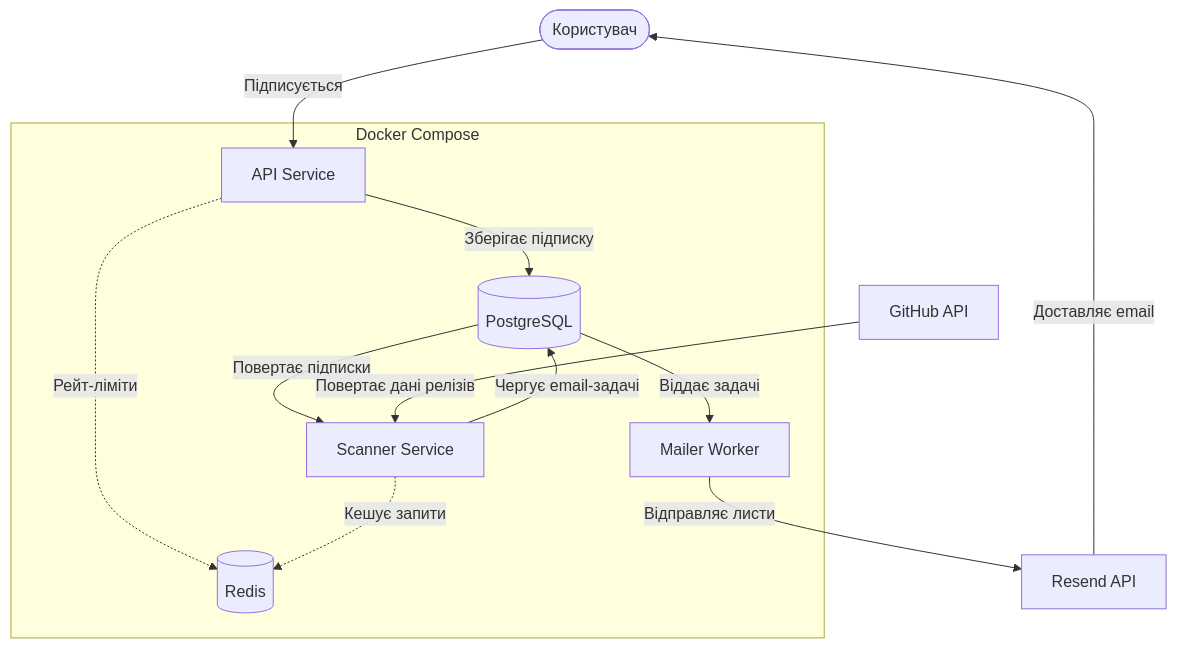
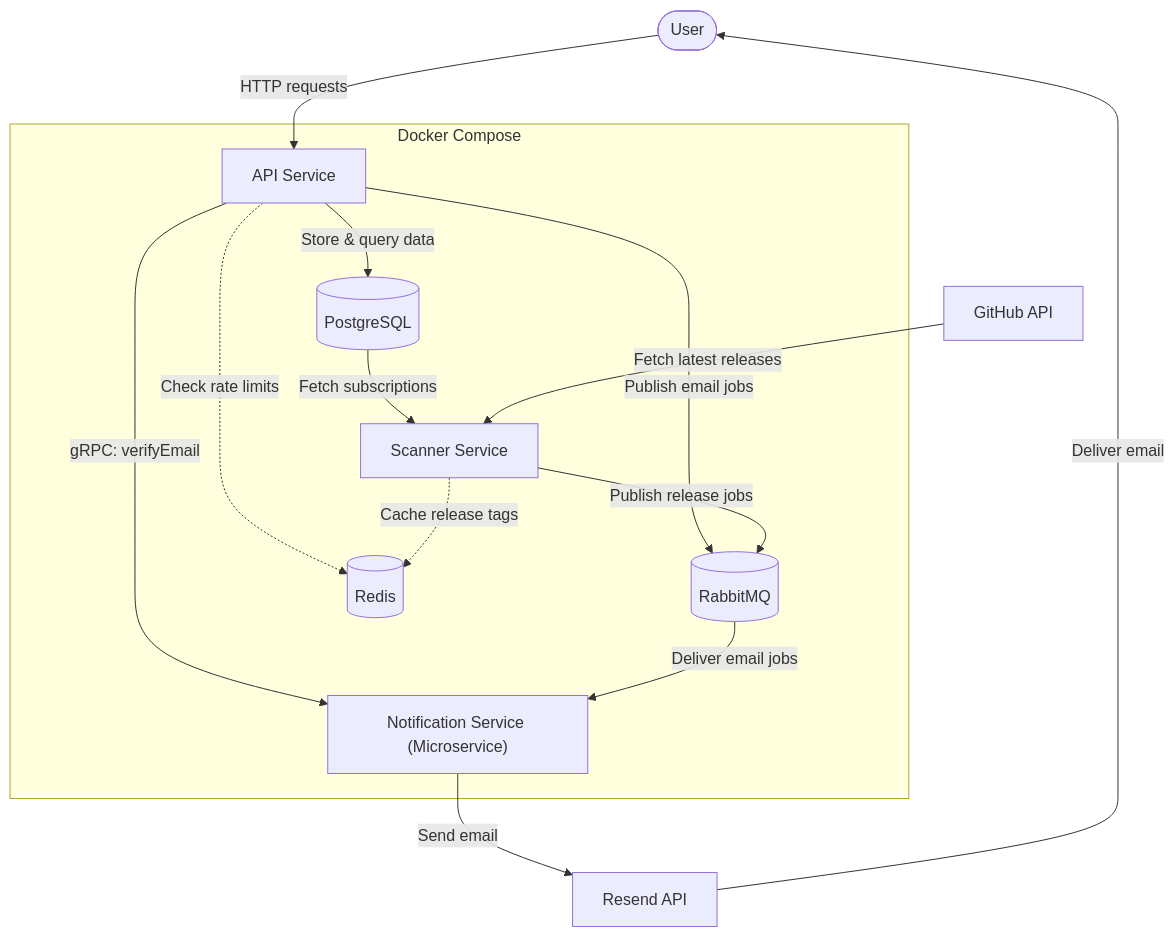
The first of 5 diagrams in docs/system-design.md (GenesisEducationKyiv/software-engineering-school-6-0-03102909), drawn with Mermaid before and after one commit. The commit also changed other lines of this file, not shown here.

````diff
--- a/docs/system-design.md
+++ b/docs/system-design.md
@@ -27,28 +27,31 @@
 ```mermaid
 flowchart TD
-    User([Користувач])
+    User([User])
 
     subgraph Docker["Docker Compose"]
         API[API Service]
         Scanner[Scanner Service]
-        Mailer[Mailer Worker]
+        Notification["Notification Service (Microservice)"]
+        RabbitMQ[(RabbitMQ)]
         Redis[(Redis)]
         DB[(PostgreSQL)]
     end
 
     GitHub[GitHub API]
     Resend[Resend API]
 
-    User -- "Підписується" --> API
-    API -- "Зберігає підписку" --> DB
-    API -. "Рейт-ліміти" .-> Redis
+    User -- "HTTP requests" --> API
+    API -- "Store & query data" --> DB
+    API -. "Check rate limits" .-> Redis
+    API -- "gRPC: verifyEmail" --> Notification
 
-    DB -- "Повертає підписки" --> Scanner
-    Scanner -. "Кешує запити" .-> Redis
-    GitHub -- "Повертає дані релізів" --> Scanner
-    Scanner -- "Чергує email-задачі" --> DB
+    DB -- "Fetch subscriptions" --> Scanner
+    Scanner -. "Cache release tags" .-> Redis
+    GitHub -- "Fetch latest releases" --> Scanner
 
-    DB -- "Віддає задачі" --> Mailer
-    Mailer -- "Відправляє листи" --> Resend
-    Resend -- "Доставляє email" --> User
+    API -- "Publish email jobs" --> RabbitMQ
+    Scanner -- "Publish release jobs" --> RabbitMQ
+    RabbitMQ -- "Deliver email jobs" --> Notification
+    Notification -- "Send email" --> Resend
+    Resend -- "Deliver email" --> User
 ```
````
